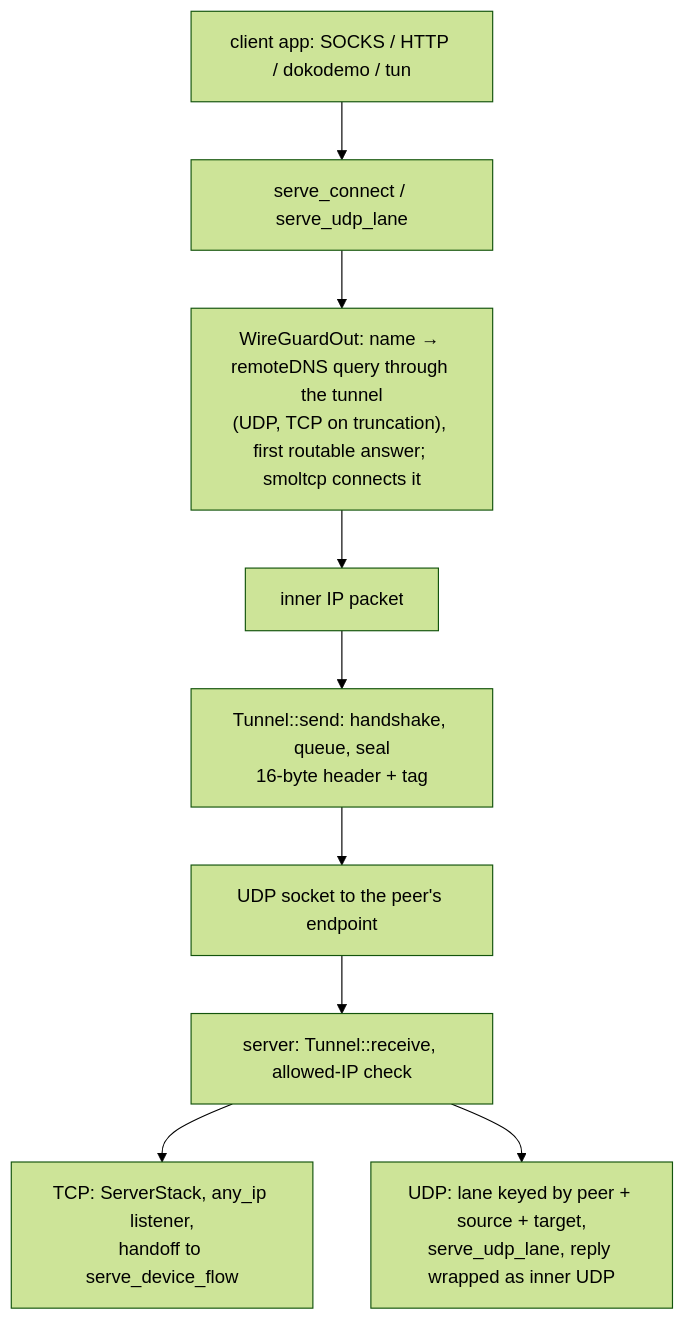
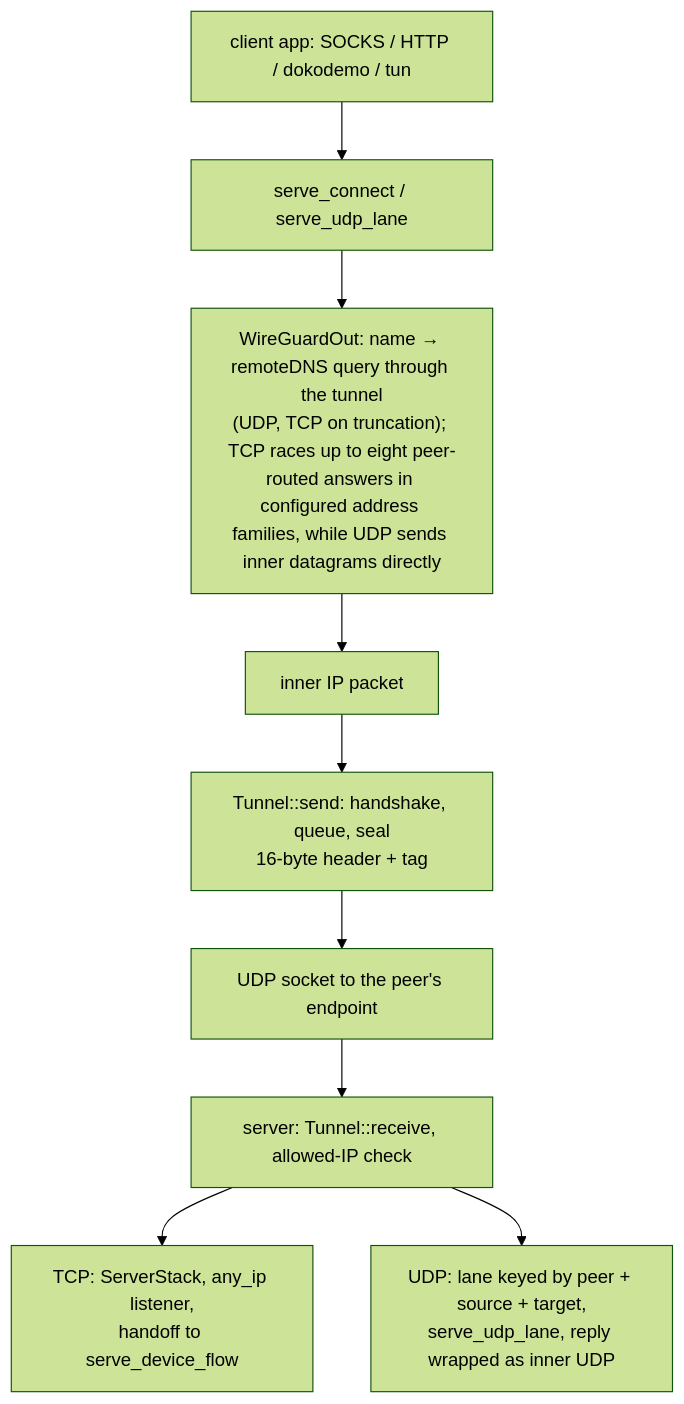
Before and after one commit to Ferrocite/ferrox: the diagram in docs/function/wireguard.md, drawn with Mermaid (forest theme). The commit also changed other lines of this file and 2 other files, not shown here.

Commit message:
wireguard: pin each datagram name, bound races, and retire losers

````diff
--- a/docs/function/wireguard.md
+++ b/docs/function/wireguard.md
@@ -23,11 +23,11 @@
 ```mermaid
 graph TD
     A["client app: SOCKS / HTTP / dokodemo / tun"] --> B["serve_connect / serve_udp_lane"]
-    B --> C["WireGuardOut: name → remoteDNS query through the tunnel<br/>(UDP, TCP on truncation), first routable answer; smoltcp connects it"]
+    B --> C["WireGuardOut: name → remoteDNS query through the tunnel<br/>(UDP, TCP on truncation); TCP races up to eight peer-routed answers in configured address families, while UDP sends inner datagrams directly"]
     C --> D["inner IP packet"]
     D --> E["Tunnel::send: handshake, queue, seal<br/>16-byte header + tag"]
     E --> F["UDP socket to the peer's endpoint"]
     F --> G["server: Tunnel::receive, allowed-IP check"]
     G --> H["TCP: ServerStack, any_ip listener,<br/>handoff to serve_device_flow"]
     G --> I["UDP: lane keyed by peer + source + target,<br/>serve_udp_lane, reply wrapped as inner UDP"]
 ```
````
